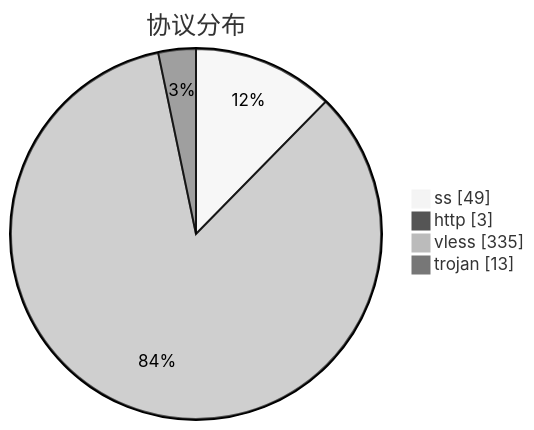
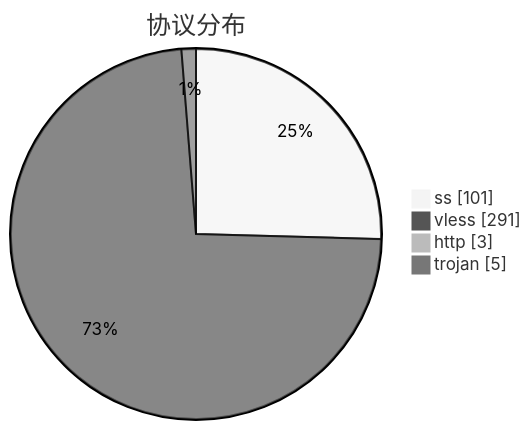
Before and after one commit to qjlxg/airport: the third of 3 diagrams in subs/statistics/tested_within.md, drawn with Mermaid (neutral theme). The commit also changed other lines of this file and 2 other files, not shown here.

````diff
--- a/subs/statistics/tested_within.md
+++ b/subs/statistics/tested_within.md
@@ -33,8 +33,8 @@
 ```mermaid
 pie showData
 title 协议分布
-"ss" : 49
+"ss" : 101
+"vless" : 291
 "http" : 3
-"vless" : 335
-"trojan" : 13
+"trojan" : 5
 ```
````
